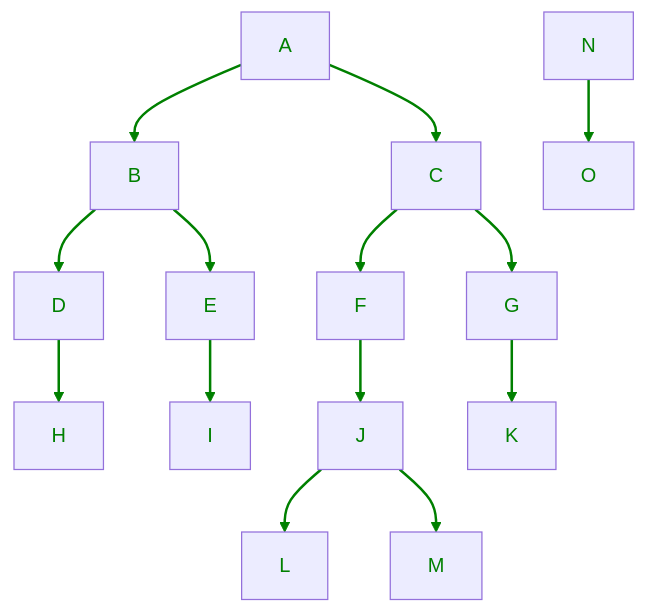
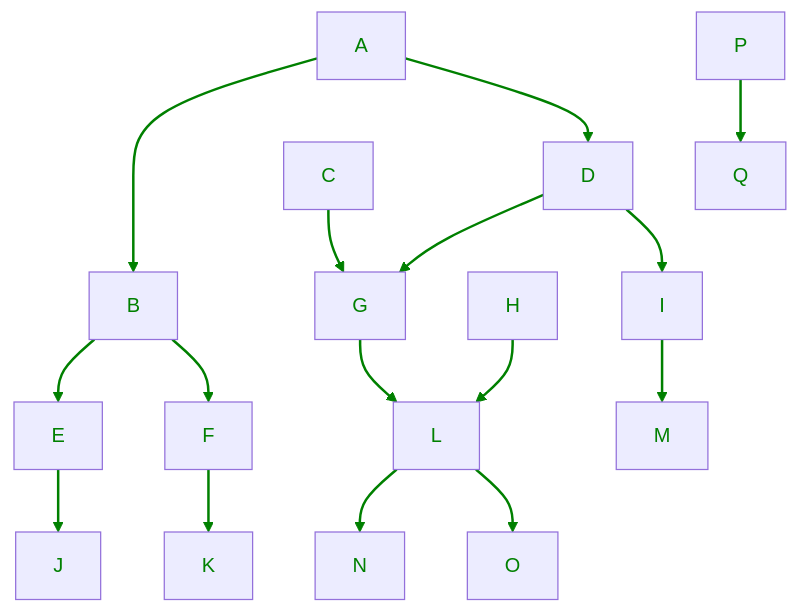
One commit to bacpack-system/packager changed the sixth of 6 diagrams in doc/UseCaseScenarios.md. Above: the diagram before and after it, drawn with Mermaid. The commit also changed other lines of this file, not shown here.

Commit message:
Add more cases to graphs, some doc fixes

````diff
--- a/doc/UseCaseScenarios.md
+++ b/doc/UseCaseScenarios.md
@@ -237,47 +245,51 @@
 ```mermaid
 graph TD
-    A
-    A --> B
-    A --> C
-    B --> D
+    A ---> B
+    A --> D
     B --> E
-    C --> F
+    B --> F
     C --> G
-    D --> H
-    E --> I
-    F --> J
-    G --> K
-    J --> L
-    J --> M
-    N
-    N --> O
+    D --> G
+    H --> L
+    D --> I
+    E --> J
+    F --> K
+    G --> L
+    I --> M
+    L --> N
+    L --> O
+    P --> Q
 
     style A color:green;
     style B color:green;
     style C color:green;
     style D color:green;
     style E color:green;
     style F color:green;
     style G color:green;
     style H color:green;
     style I color:green;
     style J color:green;
     style K color:green;
     style L color:green;
     style M color:green;
     style N color:green;
     style O color:green;
+    style P color:green;
+    style Q color:green;
     linkStyle 0 stroke:green,stroke-width:2px;
     linkStyle 1 stroke:green,stroke-width:2px;
     linkStyle 2 stroke:green,stroke-width:2px;
     linkStyle 3 stroke:green,stroke-width:2px;
     linkStyle 4 stroke:green,stroke-width:2px;
     linkStyle 5 stroke:green,stroke-width:2px;
     linkStyle 6 stroke:green,stroke-width:2px;
     linkStyle 7 stroke:green,stroke-width:2px;
     linkStyle 8 stroke:green,stroke-width:2px;
     linkStyle 9 stroke:green,stroke-width:2px;
     linkStyle 10 stroke:green,stroke-width:2px;
     linkStyle 11 stroke:green,stroke-width:2px;
     linkStyle 12 stroke:green,stroke-width:2px;
+    linkStyle 13 stroke:green,stroke-width:2px;
+    linkStyle 14 stroke:green,stroke-width:2px;
 ```
````
